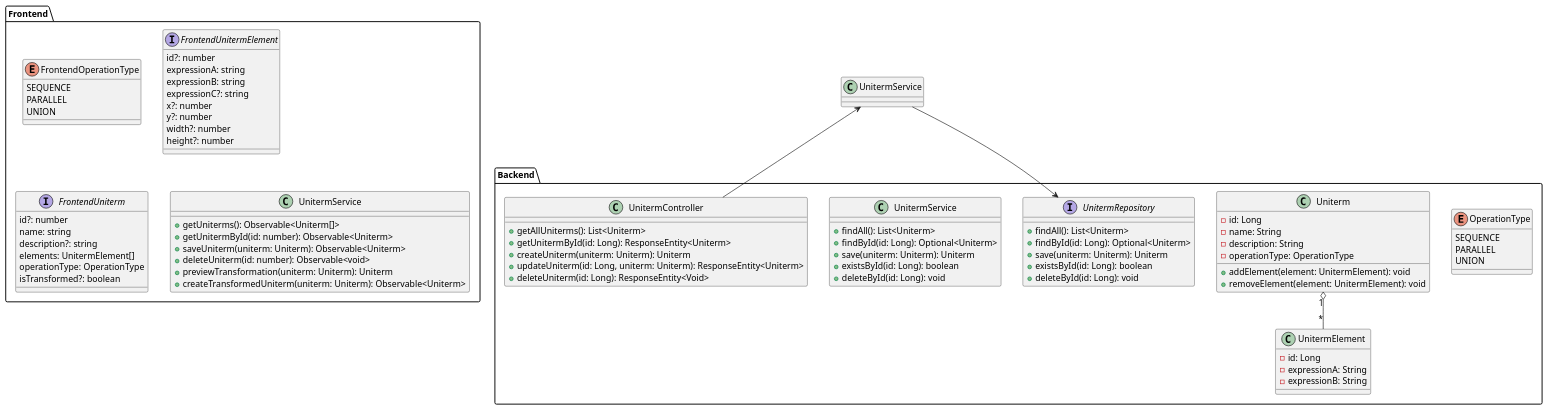
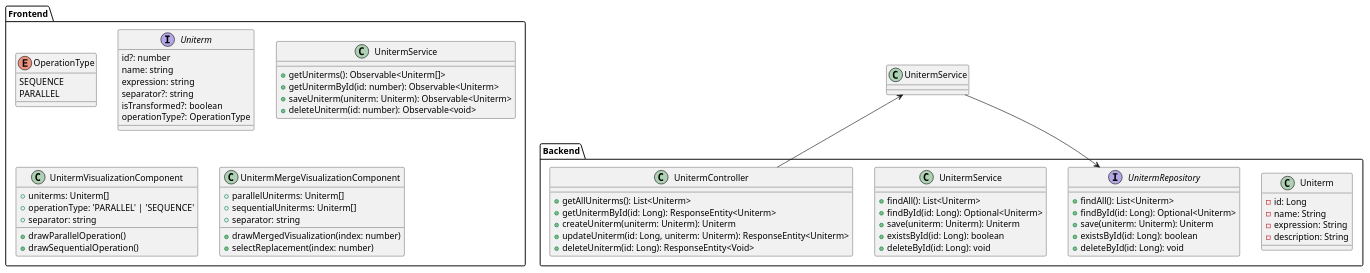
The diagram in documentation/diagrams/classes/diagram.wsd (miluski/Uniterm), drawn with PlantUML before and after one commit. The commit also changed 13 other files, not shown here.

```diff
--- a/documentation/diagrams/classes/diagram.wsd
+++ b/documentation/diagrams/classes/diagram.wsd
@@ -1,89 +1,76 @@
 @startuml
 package "Backend" {
-  enum OperationType {
-    SEQUENCE
-    PARALLEL
-    UNION
-  }
-  
   class Uniterm {
     -id: Long
     -name: String
+    -expression: String
     -description: String
-    -operationType: OperationType
-    +addElement(element: UnitermElement): void
-    +removeElement(element: UnitermElement): void
-  }
-  
-  class UnitermElement {
-    -id: Long
-    -expressionA: String
-    -expressionB: String
   }
   
   interface UnitermRepository {
     +findAll(): List<Uniterm>
     +findById(id: Long): Optional<Uniterm>
     +save(uniterm: Uniterm): Uniterm
     +existsById(id: Long): boolean
     +deleteById(id: Long): void
   }
   
   class UnitermService {
     +findAll(): List<Uniterm>
     +findById(id: Long): Optional<Uniterm>
     +save(uniterm: Uniterm): Uniterm
     +existsById(id: Long): boolean
     +deleteById(id: Long): void
   }
   
   class UnitermController {
     +getAllUniterms(): List<Uniterm>
     +getUnitermById(id: Long): ResponseEntity<Uniterm>
     +createUniterm(uniterm: Uniterm): Uniterm
     +updateUniterm(id: Long, uniterm: Uniterm): ResponseEntity<Uniterm>
     +deleteUniterm(id: Long): ResponseEntity<Void>
   }
 }
 
 package "Frontend" {
-  enum FrontendOperationType {
+  enum OperationType {
     SEQUENCE
     PARALLEL
-    UNION
   }
   
-  interface FrontendUnitermElement {
-    id?: number
-    expressionA: string
-    expressionB: string
-    expressionC?: string
-    x?: number
-    y?: number
-    width?: number
-    height?: number
-  }
-  
-  interface FrontendUniterm {
+  interface Uniterm {
     id?: number
     name: string
-    description?: string
-    elements: UnitermElement[]
-    operationType: OperationType
+    expression: string
+    separator?: string
     isTransformed?: boolean
+    operationType?: OperationType
   }
   
   class UnitermService {
     +getUniterms(): Observable<Uniterm[]>
     +getUnitermById(id: number): Observable<Uniterm>
     +saveUniterm(uniterm: Uniterm): Observable<Uniterm>
     +deleteUniterm(id: number): Observable<void>
-    +previewTransformation(uniterm: Uniterm): Uniterm
-    +createTransformedUniterm(uniterm: Uniterm): Observable<Uniterm>
+  }
+  
+  class UnitermVisualizationComponent {
+    +uniterms: Uniterm[]
+    +operationType: 'PARALLEL' | 'SEQUENCE'
+    +separator: string
+    +drawParallelOperation()
+    +drawSequentialOperation()
+  }
+  
+  class UnitermMergeVisualizationComponent {
+    +parallelUniterms: Uniterm[]
+    +sequentialUniterms: Uniterm[]
+    +separator: string
+    +drawMergedVisualization(index: number)
+    +selectReplacement(index: number)
   }
 }
 
-Uniterm "1" o-- "*" UnitermElement
 UnitermService --> UnitermRepository
 UnitermController --> UnitermService
 @enduml
```
